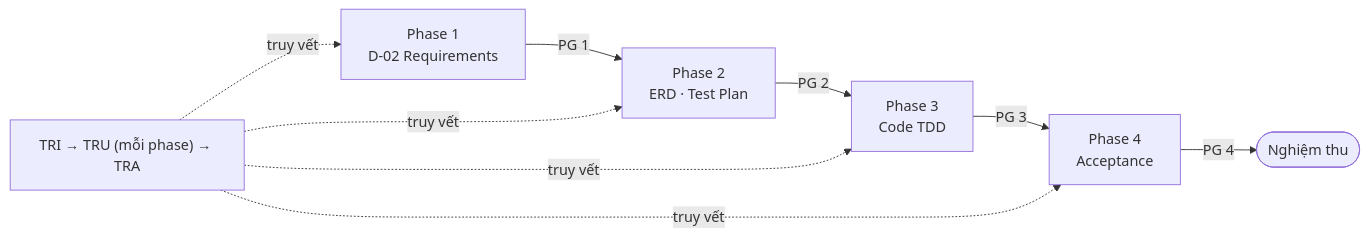
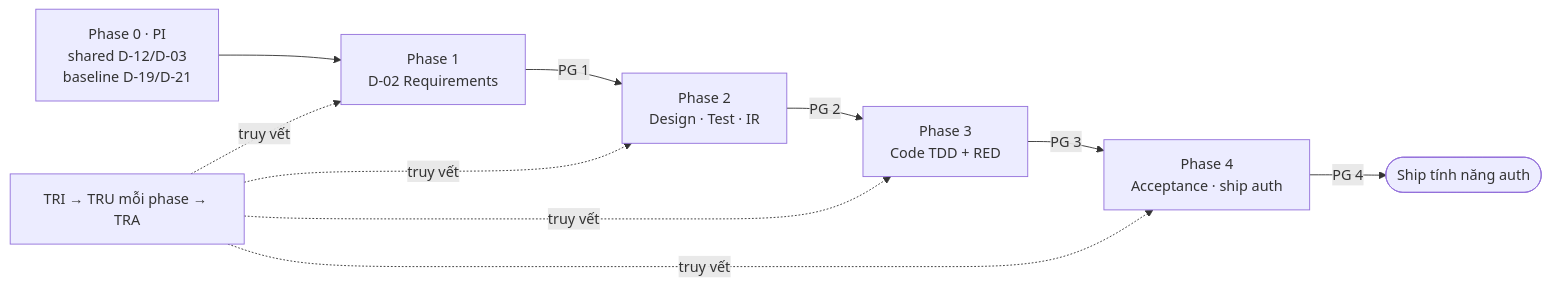
One commit to hanh9898/waterfall-bmad-method changed the second of 2 diagrams in docs/vi/tutorials/getting-started-hbc.md. Above: the diagram before and after it, drawn with Mermaid. The commit also changed other lines of this file and 29 other files, not shown here.

````diff
--- a/docs/vi/tutorials/getting-started-hbc.md
+++ b/docs/vi/tutorials/getting-started-hbc.md
@@ -214,7 +256,8 @@
 ```mermaid
 flowchart LR
-    P1["Phase 1<br/>D-02 Requirements"] -->|PG 1| P2["Phase 2<br/>ERD · Test Plan"]
-    P2 -->|PG 2| P3["Phase 3<br/>Code TDD"] -->|PG 3| P4["Phase 4<br/>Acceptance"]
-    P4 -->|PG 4| DONE([Nghiệm thu])
-    TR["TRI → TRU (mỗi phase) → TRA"] -.->|truy vết| P1 & P2 & P3 & P4
+    PI["Phase 0 · PI<br/>shared D-12/D-03<br/>baseline D-19/D-21"] --> P1
+    P1["Phase 1<br/>D-02 Requirements"] -->|PG 1| P2["Phase 2<br/>Design · Test · IR"]
+    P2 -->|PG 2| P3["Phase 3<br/>Code TDD + RED"] -->|PG 3| P4["Phase 4<br/>Acceptance · ship auth"]
+    P4 -->|PG 4| DONE([Ship tính năng auth])
+    TR["TRI → TRU mỗi phase → TRA"] -.->|truy vết| P1 & P2 & P3 & P4
 ```
````
